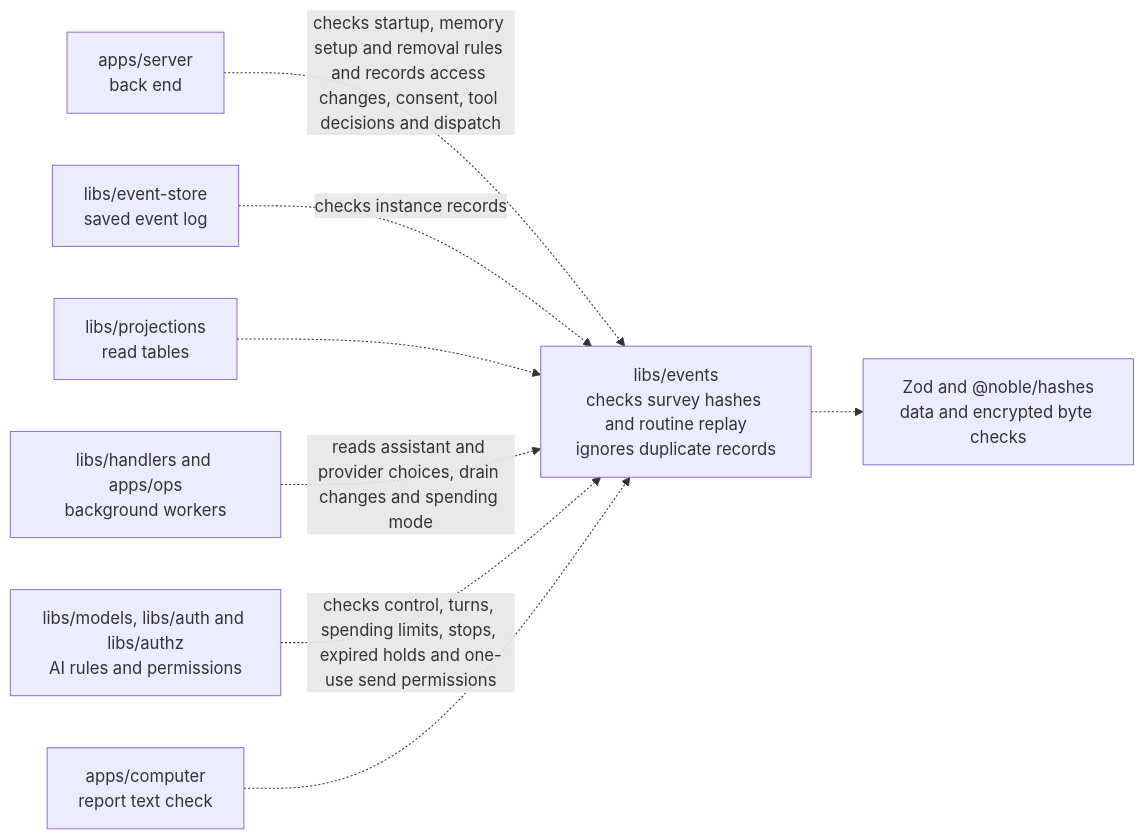
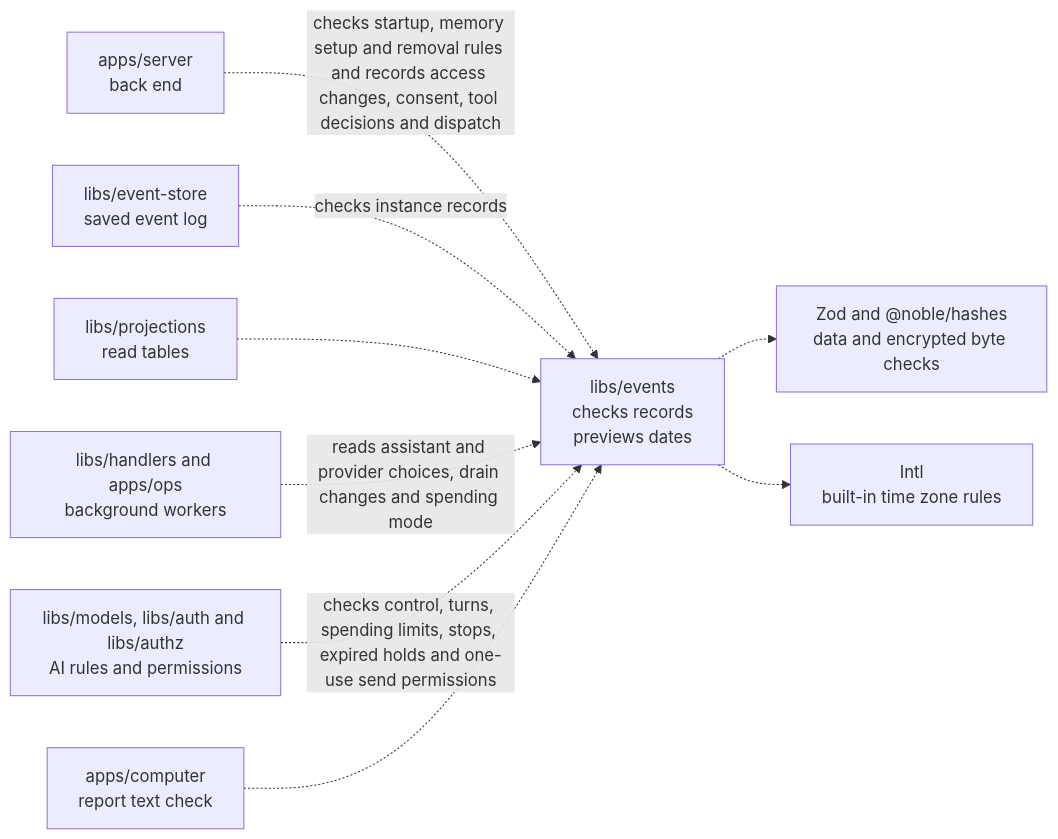
Before and after one commit to elewa-git/opencrane-new: the diagram in libs/events/README.md, drawn with Mermaid. The commit also changed other lines of this file and 5 other files, not shown here.

Commit message:
🗓️ Calculate routine dates and preview clock changes without starting work

````diff
--- a/libs/events/README.md
+++ b/libs/events/README.md
@@ -24,10 +25,11 @@
 ```mermaid
 flowchart LR
-  server["apps/server<br/>back end"] -.->|checks startup, memory setup and removal rules and records access changes, consent, tool decisions and dispatch| events["libs/events<br/>checks survey hashes and routine replay<br/>ignores duplicate records"]
+  server["apps/server<br/>back end"] -.->|checks startup, memory setup and removal rules and records access changes, consent, tool decisions and dispatch| events["libs/events<br/>checks records<br/>previews dates"]
   store["libs/event-store<br/>saved event log"] -.->|checks instance records| events
   projections["libs/projections<br/>read tables"] -.-> events
   workers["libs/handlers and apps/ops<br/>background workers"] -.->|reads assistant and provider choices, drain changes and spending mode| events
   others["libs/models, libs/auth and libs/authz<br/>AI rules and permissions"] -.->|checks control, turns, spending limits, stops, expired holds and one-use send permissions| events
   computer["apps/computer<br/>report text check"] -.-> events
   events -.-> checks["Zod and @noble/hashes<br/>data and encrypted byte checks"]
+  events -.-> zones["Intl<br/>built-in time zone rules"]
 ```
````
